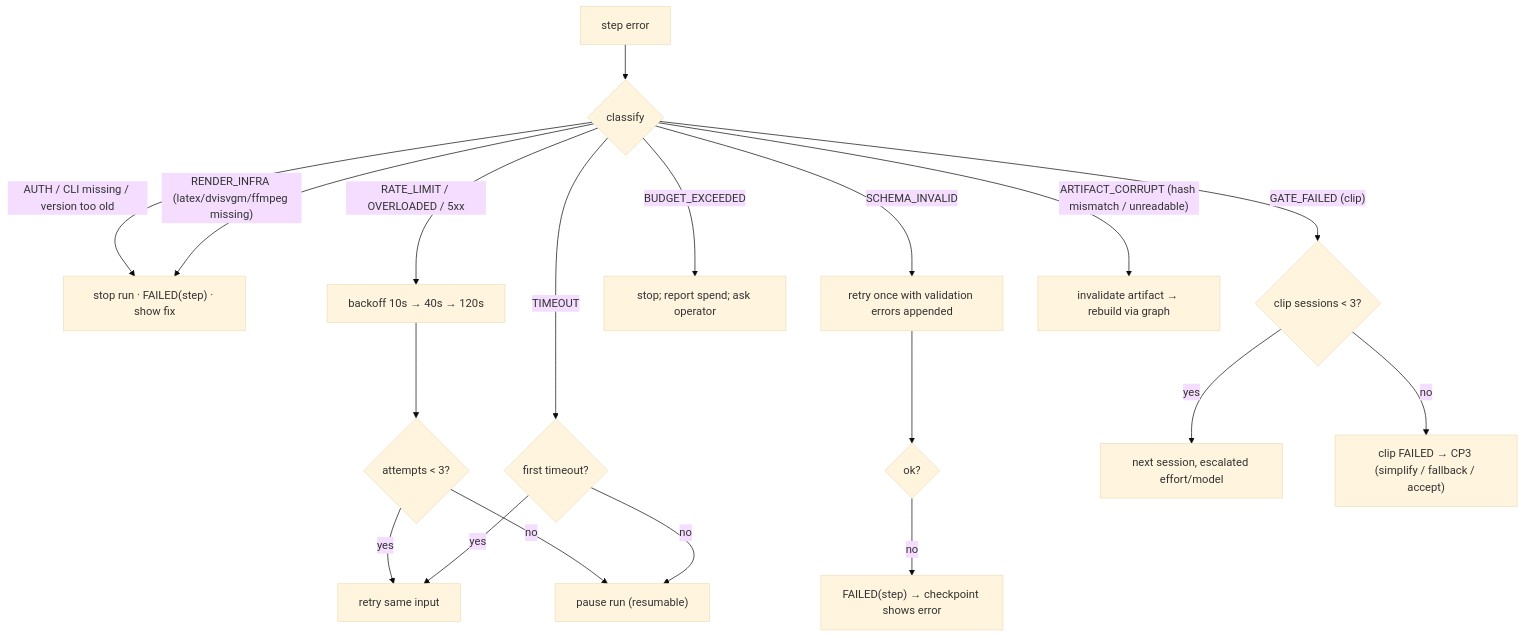
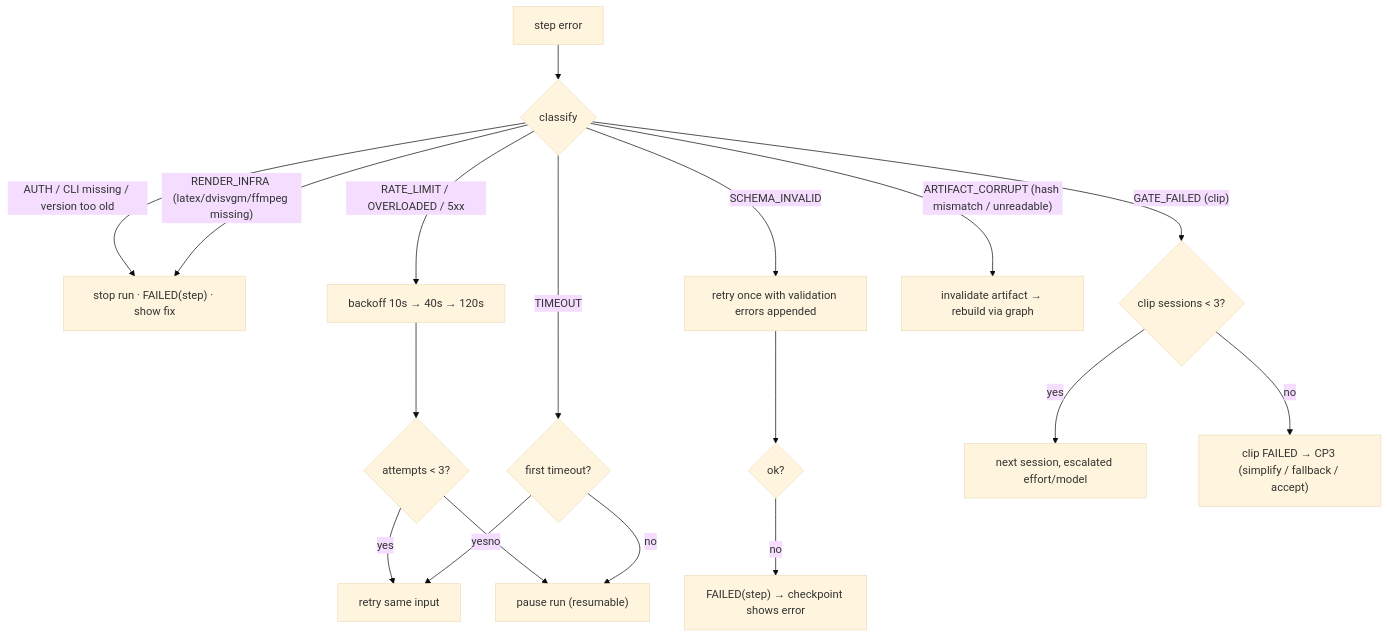
The diagram in diagrams/11-error-retry.mmd (GARV-PATEL-11/Text-2-Shorts), drawn with Mermaid (base theme) before and after one commit. The commit also changed 18 other files, not shown here.

```diff
--- a/diagrams/11-error-retry.mmd
+++ b/diagrams/11-error-retry.mmd
@@ -1,15 +1,14 @@
 flowchart TD
     E["step error"] --> K{classify}
     K -->|"AUTH / CLI missing / version too old"| FATAL["stop run · FAILED(step) · show fix"]
     K -->|"RATE_LIMIT / OVERLOADED / 5xx"| BO["backoff 10s → 40s → 120s"] --> RT{"attempts < 3?"}
     RT -->|yes| RETRY["retry same input"]
     RT -->|no| PAUSE["pause run (resumable)"]
     K -->|"TIMEOUT"| T1{"first timeout?"} -->|yes| RETRY
     T1 -->|no| PAUSE
     K -->|"SCHEMA_INVALID"| SV["retry once with validation errors appended"] --> SV2{ok?}
     SV2 -->|no| FAILSTEP["FAILED(step) → checkpoint shows error"]
-    K -->|"BUDGET_EXCEEDED"| STOP["stop; report spend; ask operator"]
     K -->|"GATE_FAILED (clip)"| GB{"clip sessions < 3?"} -->|yes| ESC["next session, escalated effort/model"]
     GB -->|no| CF["clip FAILED → CP3 (simplify / fallback / accept)"]
     K -->|"RENDER_INFRA (latex/dvisvgm/ffmpeg missing)"| FATAL
     K -->|"ARTIFACT_CORRUPT (hash mismatch / unreadable)"| INV["invalidate artifact → rebuild via graph"]
```
